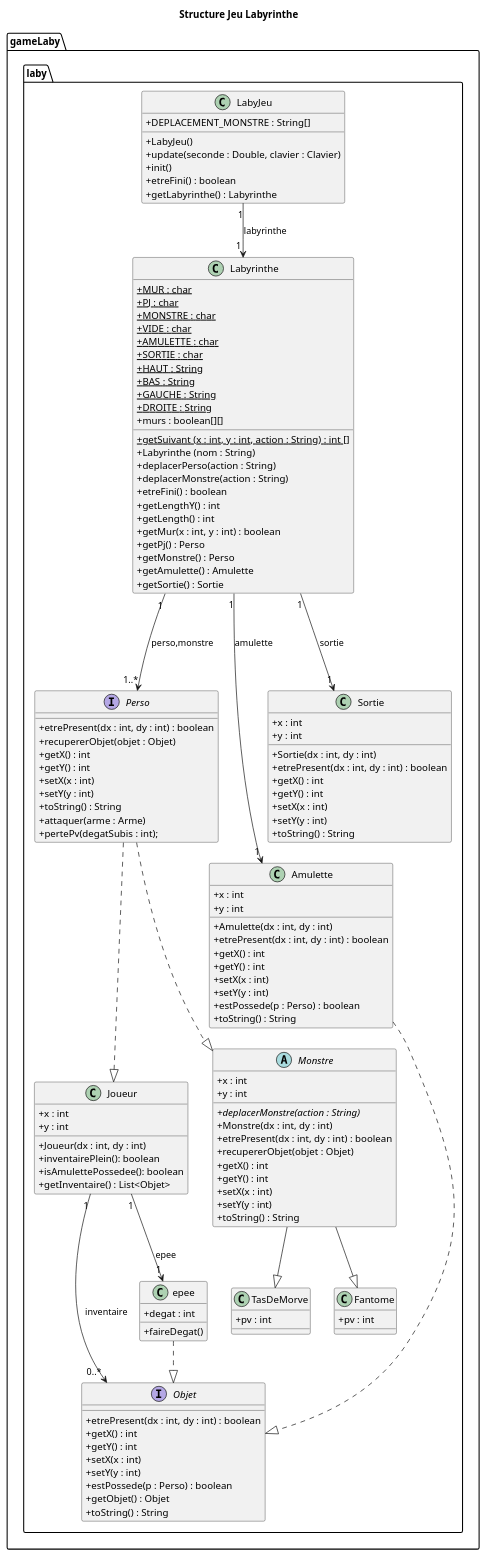
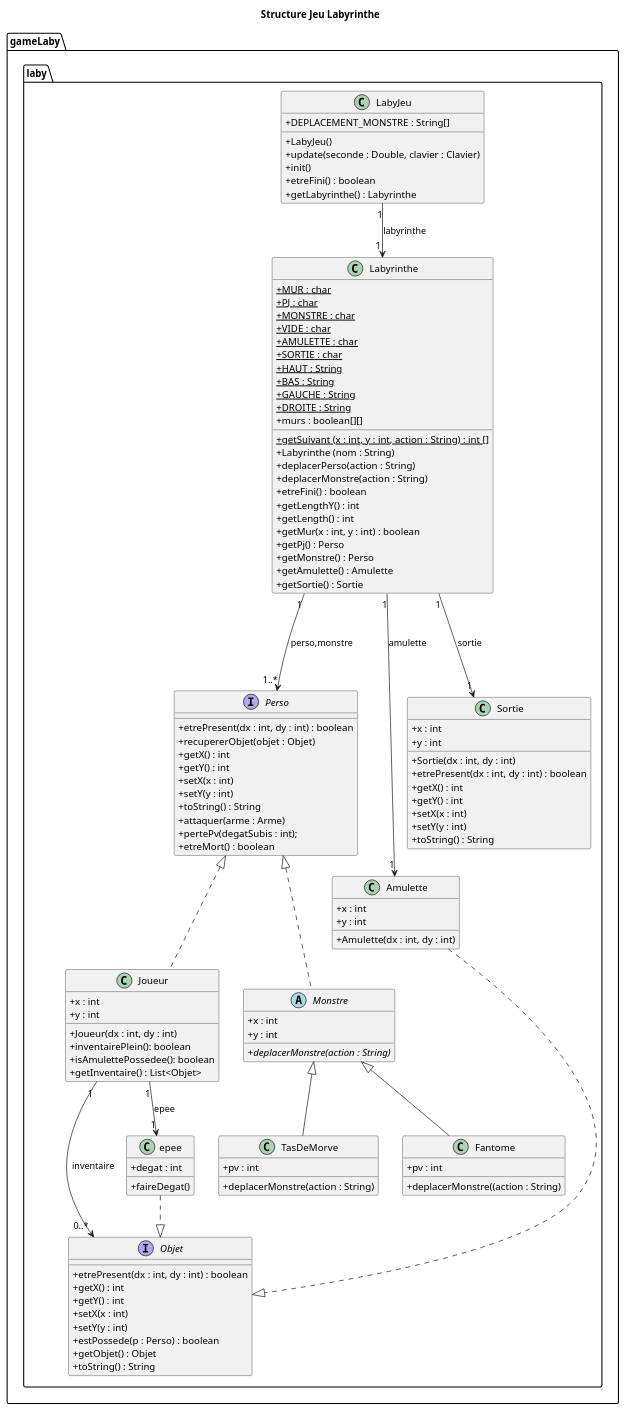
The diagram in documents/version_4/diagrammeClasseV4.puml (TanguyFox/2022_Zeldiablo_renard136u_seiler33u_serrier26u_arcelin1u), drawn with PlantUML before and after one commit.

Commit message:
correction

```diff
--- a/documents/version_4/diagrammeClasseV4.puml
+++ b/documents/version_4/diagrammeClasseV4.puml
@@ -1,149 +1,138 @@
 @startuml
 'https://plantuml.com/class-diagram
 
 title Structure Jeu Labyrinthe
 
 
 package gameLaby.laby{
 skinparam classAttributeIconSize 0
 class Labyrinthe{
 + {static} MUR : char
 + {static} PJ : char
 + {static} MONSTRE : char
 + {static} VIDE : char
 + {static} AMULETTE : char
 + {static} SORTIE : char
 + {static} HAUT : String
 + {static} BAS : String
 + {static} GAUCHE : String
 + {static} DROITE : String
 + murs : boolean[][]
 + {static} getSuivant (x : int, y : int, action : String) : int []
 + Labyrinthe (nom : String)
 + deplacerPerso(action : String)
 + deplacerMonstre(action : String)
 + etreFini() : boolean
 + getLengthY() : int
 + getLength() : int
 + getMur(x : int, y : int) : boolean
 + getPj() : Perso
 + getMonstre() : Perso
 + getAmulette() : Amulette
 + getSortie() : Sortie
 }
 
 class LabyJeu{
 +DEPLACEMENT_MONSTRE : String[]
 +LabyJeu()
 +update(seconde : Double, clavier : Clavier)
 +init()
 +etreFini() : boolean
 +getLabyrinthe() : Labyrinthe
 }
 
 
 interface Perso{
 + etrePresent(dx : int, dy : int) : boolean
 + recupererObjet(objet : Objet)
 + getX() : int
 + getY() : int
 + setX(x : int)
 + setY(y : int)
 + toString() : String
 + attaquer(arme : Arme)
 + pertePv(degatSubis : int);
++ etreMort() : boolean
 }
 
 class Amulette{
 + x : int
 + y : int
 + Amulette(dx : int, dy : int)
-+ etrePresent(dx : int, dy : int) : boolean
-+ getX() : int
-+ getY() : int
-+ setX(x : int)
-+ setY(y : int)
-+ estPossede(p : Perso) : boolean
-+ toString() : String
 }
 
 interface Objet{
 + etrePresent(dx : int, dy : int) : boolean
 + getX() : int
 + getY() : int
 + setX(x : int)
 + setY(y : int)
 + estPossede(p : Perso) : boolean
 + getObjet() : Objet
 + toString() : String
 }
 
 class Sortie{
 + x : int
 + y : int
 + Sortie(dx : int, dy : int)
 + etrePresent(dx : int, dy : int) : boolean
 + getX() : int
 + getY() : int
 + setX(x : int)
 + setY(y : int)
 + toString() : String
 }
 class Joueur{
 + x : int
 + y : int
 + Joueur(dx : int, dy : int)
 + inventairePlein(): boolean
 + isAmulettePossedee(): boolean
 + getInventaire() : List<Objet>
 }
 
 abstract Monstre{
 + x : int
 + y : int
 + {abstract} deplacerMonstre(action : String)
-+ Monstre(dx : int, dy : int)
-+ etrePresent(dx : int, dy : int) : boolean
-+ recupererObjet(objet : Objet)
-+ getX() : int
-+ getY() : int
-+ setX(x : int)
-+ setY(y : int)
-+ toString() : String
+
 }
 class TasDeMorve{
 + pv : int
++ deplacerMonstre(action : String)
 }
 
 class Fantome{
 + pv : int
++ deplacerMonstre((action : String)
 }
 
 class epee{
 + degat : int
 + faireDegat()
 }
 }
 
 
 
 
 LabyJeu "1" --> "1 " Labyrinthe : labyrinthe
 Labyrinthe "1" ---> "1..*" Perso : perso,monstre
 Labyrinthe "1" ---> "1" Sortie : sortie
 Labyrinthe "1" ---> "1" Amulette : amulette
 Amulette  ..|>  Objet
 Joueur "1"--> "0..*"Objet : inventaire
-Perso  ..|>  Joueur
+Perso  <|..  Joueur
 
-Perso  ..|>  Monstre
-Monstre --|> TasDeMorve
-Monstre --|> Fantome
+Perso  <|..  Monstre
+Monstre <|-- TasDeMorve
+Monstre <|-- Fantome
 epee ..|> Objet
 Joueur "1" --> "1" epee : "epee"
 
 
 
 
 
 @enduml
```
